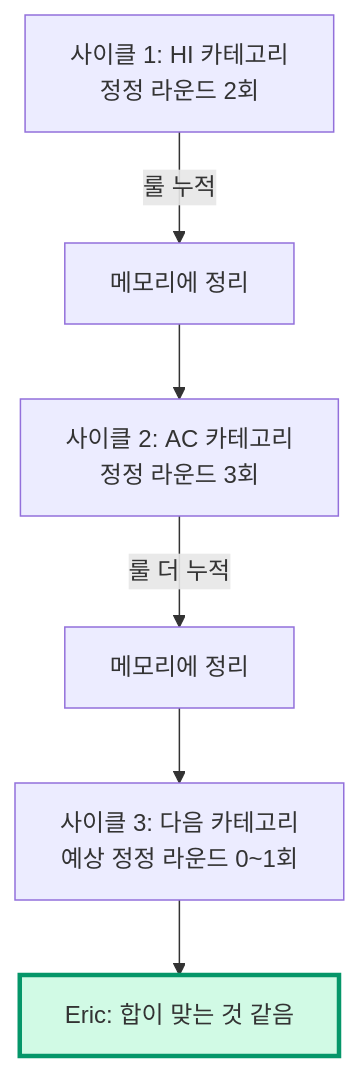
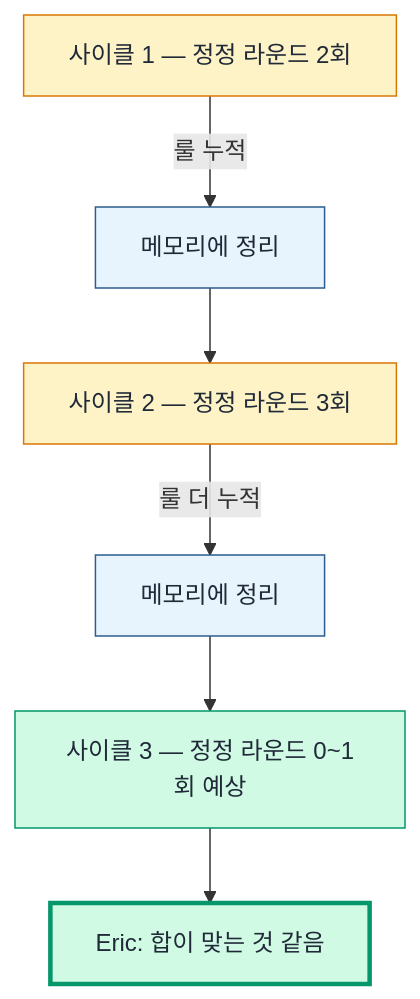
The seventh of 7 diagrams in content/diary/c/1.md (linisia/eric-company), drawn with Mermaid before and after one commit. The commit also changed other lines of this file and 1 other file, not shown here.

````diff
--- a/content/diary/c/1.md
+++ b/content/diary/c/1.md
@@ -154,9 +163,14 @@
 ```mermaid
 flowchart TD
-    A[사이클 1: HI 카테고리<br/>정정 라운드 2회] -->|룰 누적| B[메모리에 정리]
-    B --> C[사이클 2: AC 카테고리<br/>정정 라운드 3회]
-    C -->|룰 더 누적| D[메모리에 정리]
-    D --> E[사이클 3: 다음 카테고리<br/>예상 정정 라운드 0~1회]
-    E --> F[Eric: 합이 맞는 것 같음]
-    style F fill:#d1fae5,stroke:#059669,stroke-width:3px
+    A["사이클 1 — 정정 라운드 2회"] -->|"룰 누적"| B["메모리에 정리"]
+    B --> C["사이클 2 — 정정 라운드 3회"]
+    C -->|"룰 더 누적"| D["메모리에 정리"]
+    D --> E["사이클 3 — 정정 라운드 0~1회 예상"]
+    E --> F["Eric: 합이 맞는 것 같음"]
+    style A fill:#fef3c7,stroke:#d97706,color:#1f2937
+    style B fill:#e8f4fd,stroke:#2c5e8f,color:#1f2937
+    style C fill:#fef3c7,stroke:#d97706,color:#1f2937
+    style D fill:#e8f4fd,stroke:#2c5e8f,color:#1f2937
+    style E fill:#d1fae5,stroke:#059669,color:#1f2937
+    style F fill:#d1fae5,stroke:#059669,stroke-width:3px,color:#1f2937
 ```
````
